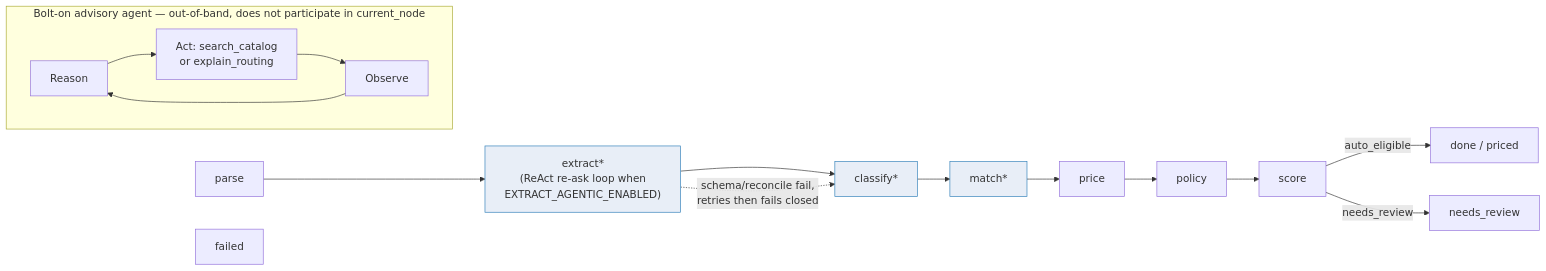
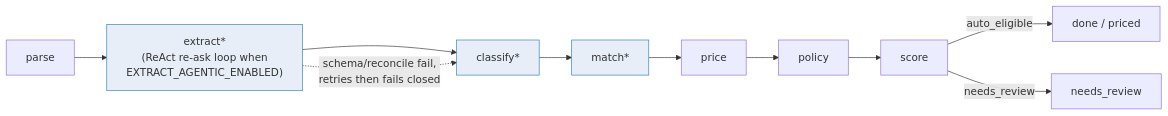
One commit to Distill-AI/distill-ai changed the second of 3 diagrams in docs/ARCHITECTURE_V2.md. Above: the diagram before and after it, drawn with Mermaid. The commit also changed other lines of this file and 2 other files, not shown here.

First line of the commit message:
docs(architecture): bring architecture.md current, use real PRD content

````diff
--- a/docs/ARCHITECTURE_V2.md
+++ b/docs/ARCHITECTURE_V2.md
@@ -117,21 +117,15 @@
 ```mermaid
 flowchart LR
     P[parse] --> E["extract*\n(ReAct re-ask loop when\nEXTRACT_AGENTIC_ENABLED)"]
     E --> C[classify*]
     C --> M[match*]
     M --> PR[price]
     PR --> PO[policy]
     PO --> S[score]
     S -->|auto_eligible| D[done / priced]
     S -->|needs_review| NR[needs_review]
     E -.->|"schema/reconcile fail,\nretries then fails closed"| C
-    ENGINE_ERR[failed] 
 
     classDef ai fill:#e8eef7,stroke:#2E7EB8;
     class E,C,M ai;
-
-    subgraph ADV["Bolt-on advisory agent — out-of-band, does not participate in current_node"]
-        direction LR
-        R1[Reason] --> A1["Act: search_catalog\nor explain_routing"] --> O1[Observe] --> R1
-    end
 ```
````
